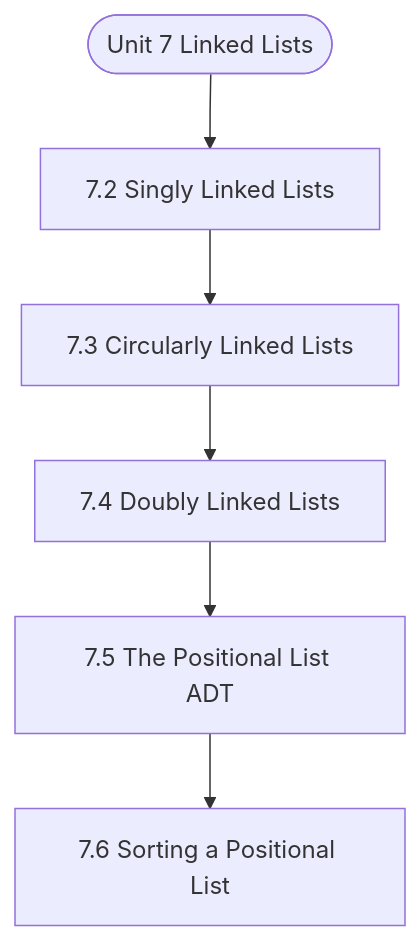
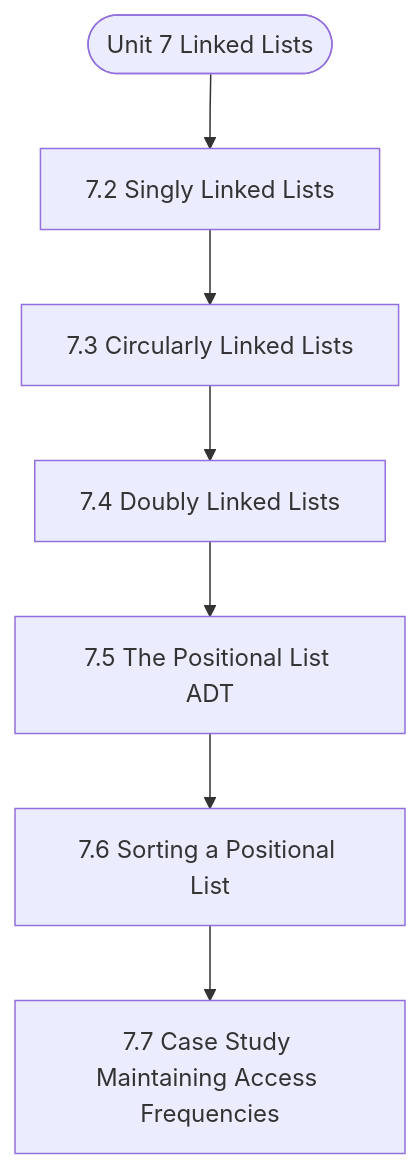
The diagram in notes/Semester_1/MCS-063_Data_Structures_using_Python/unit_07_Linked_Lists.md (Asutosh-Coaching/mscdsa), drawn with Mermaid before and after one commit. The commit also changed other lines of this file and 116 other files, not shown here.

````diff
--- a/notes/Semester_1/MCS-063_Data_Structures_using_Python/unit_07_Linked_Lists.md
+++ b/notes/Semester_1/MCS-063_Data_Structures_using_Python/unit_07_Linked_Lists.md
@@ -19,14 +19,16 @@
 ```mermaid
 flowchart TD
   Start(["Unit 7 Linked Lists"])
   N1["7.2 Singly Linked Lists"]
   N2["7.3 Circularly Linked Lists"]
   N3["7.4 Doubly Linked Lists"]
   N4["7.5 The Positional List ADT"]
   N5["7.6 Sorting a Positional List"]
+  N6["7.7 Case Study Maintaining Access Frequencies"]
   Start --> N1
   N1 --> N2
   N2 --> N3
   N3 --> N4
   N4 --> N5
+  N5 --> N6
 ```
````
